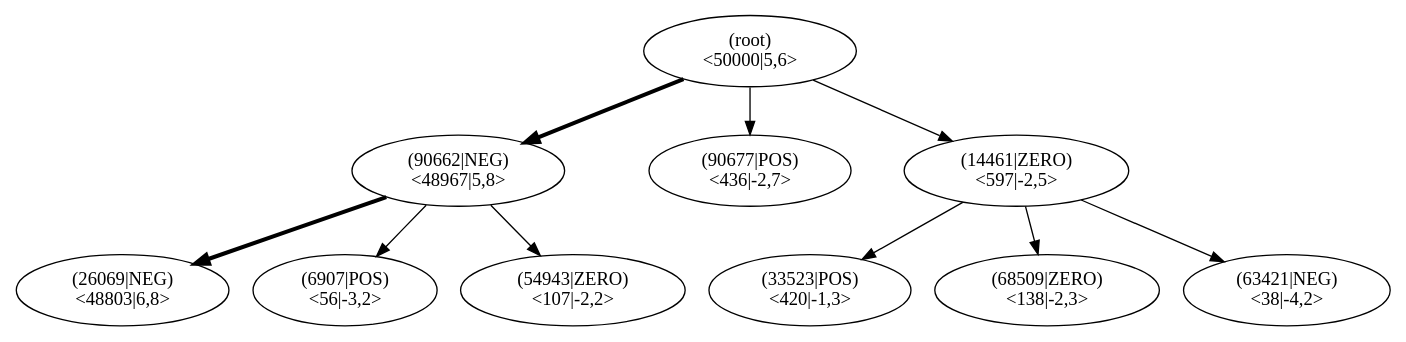
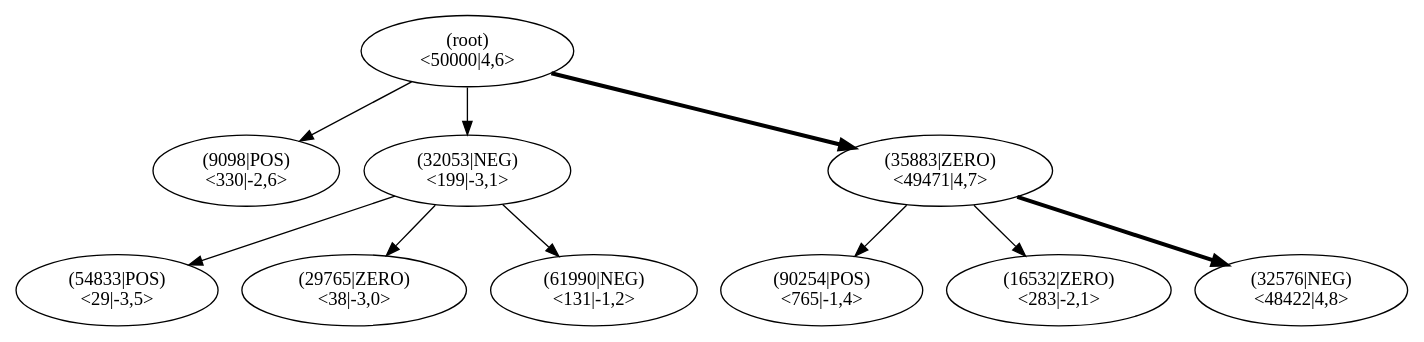
Before and after one commit to JonasHellgren/relexp-java: the diagram in pictures/ch13/lane_test_mcts.dot, drawn with Graphviz. The commit also changed 32 other files, not shown here.

Commit message:
ChartSaverAndPlotter skall veck

```diff
--- a/pictures/ch13/lane_test_mcts.dot
+++ b/pictures/ch13/lane_test_mcts.dot
@@ -1,32 +1,32 @@
 digraph MCTS {
 node [shape=ellipse];
 Nroot [label="(root)
-<50000|5,6>"];
-Nroot -> N90662[penwidth=3];
-N90662 [label="(90662|NEG)
-<48967|5,8>"];
-N90662 -> N26069[penwidth=3];
-N26069 [label="(26069|NEG)
-<48803|6,8>"];
-N90662 -> N6907[penwidth=1];
-N6907 [label="(6907|POS)
-<56|-3,2>"];
-N90662 -> N54943[penwidth=1];
-N54943 [label="(54943|ZERO)
-<107|-2,2>"];
-Nroot -> N90677[penwidth=1];
-N90677 [label="(90677|POS)
-<436|-2,7>"];
-Nroot -> N14461[penwidth=1];
-N14461 [label="(14461|ZERO)
-<597|-2,5>"];
-N14461 -> N33523[penwidth=1];
-N33523 [label="(33523|POS)
-<420|-1,3>"];
-N14461 -> N68509[penwidth=1];
-N68509 [label="(68509|ZERO)
-<138|-2,3>"];
-N14461 -> N63421[penwidth=1];
-N63421 [label="(63421|NEG)
-<38|-4,2>"];
+<50000|4,6>"];
+Nroot -> N9098[penwidth=1];
+N9098 [label="(9098|POS)
+<330|-2,6>"];
+Nroot -> N32053[penwidth=1];
+N32053 [label="(32053|NEG)
+<199|-3,1>"];
+N32053 -> N54833[penwidth=1];
+N54833 [label="(54833|POS)
+<29|-3,5>"];
+N32053 -> N29765[penwidth=1];
+N29765 [label="(29765|ZERO)
+<38|-3,0>"];
+N32053 -> N61990[penwidth=1];
+N61990 [label="(61990|NEG)
+<131|-1,2>"];
+Nroot -> N35883[penwidth=3];
+N35883 [label="(35883|ZERO)
+<49471|4,7>"];
+N35883 -> N90254[penwidth=1];
+N90254 [label="(90254|POS)
+<765|-1,4>"];
+N35883 -> N16532[penwidth=1];
+N16532 [label="(16532|ZERO)
+<283|-2,1>"];
+N35883 -> N32576[penwidth=3];
+N32576 [label="(32576|NEG)
+<48422|4,8>"];
 }
```
